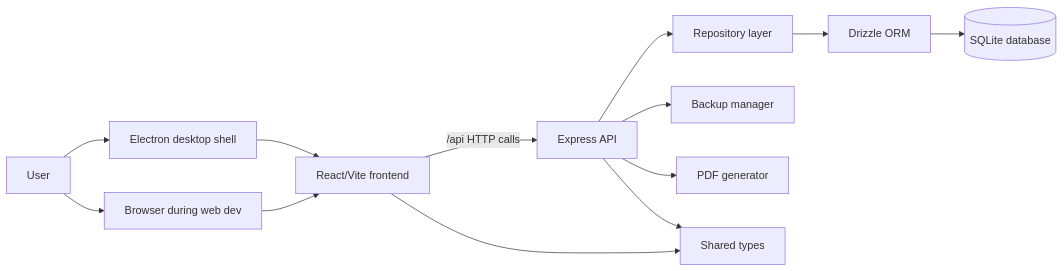
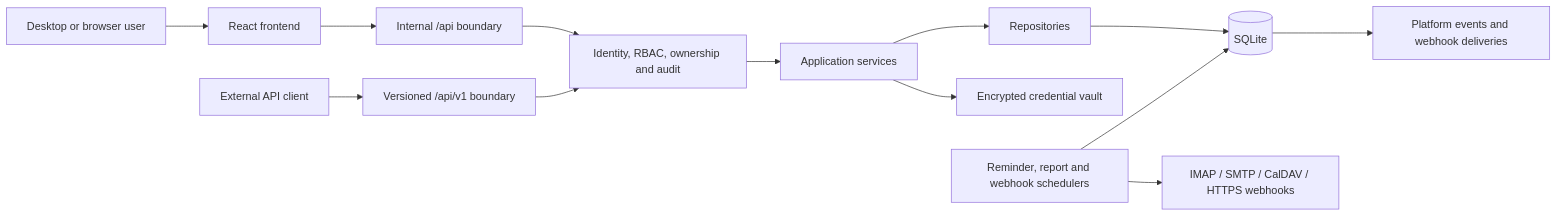
The diagram in docs/ARCHITECTURE.md (sfmullins/whitelabel-crm), drawn with Mermaid before and after one commit. The commit also changed other lines of this file and 20 other files, not shown here.

First line of the commit message:
WI10: Versioned platform API and signed webhooks (#13)

````diff
--- a/docs/ARCHITECTURE.md
+++ b/docs/ARCHITECTURE.md
@@ -13,15 +13,15 @@
 ```mermaid
 flowchart LR
-  User[User] --> Electron[Electron desktop shell]
-  User --> Browser[Browser during web dev]
-  Electron --> React[React/Vite frontend]
-  Browser --> React
-  React -->|/api HTTP calls| Express[Express API]
-  Express --> Repositories[Repository layer]
-  Repositories --> Drizzle[Drizzle ORM]
-  Drizzle --> SQLite[(SQLite database)]
-  Express --> Backup[Backup manager]
-  Express --> PDF[PDF generator]
-  Express --> Shared[Shared types]
-  React --> Shared
+  User[Desktop or browser user] --> React[React frontend]
+  Client[External API client] --> V1[Versioned /api/v1 boundary]
+  React --> Internal[Internal /api boundary]
+  Internal --> Security[Identity, RBAC, ownership and audit]
+  V1 --> Security
+  Security --> Services[Application services]
+  Services --> Repositories[Repositories]
+  Repositories --> SQLite[(SQLite)]
+  Services --> Vault[Encrypted credential vault]
+  SQLite --> Outbox[Platform events and webhook deliveries]
+  Scheduler[Reminder, report and webhook schedulers] --> SQLite
+  Scheduler --> External[IMAP / SMTP / CalDAV / HTTPS webhooks]
 ```
````
